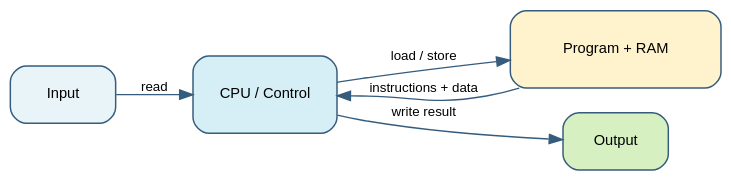
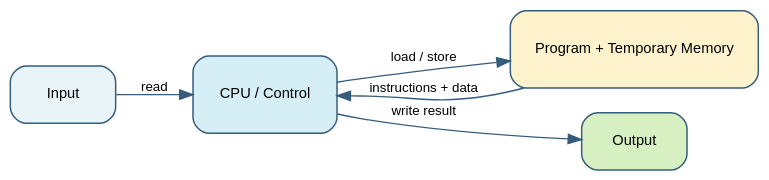
One commit to p0dyakov/inno_notes changed the second of 6 diagrams in semester-2/Theoretical Computer Science/1.ru.qmd. Above: the diagram before and after it, drawn with Graphviz. The commit also changed other lines of this file and 538 other files, not shown here.

````diff
--- a/semester-2/Theoretical Computer Science/1.ru.qmd
+++ b/semester-2/Theoretical Computer Science/1.ru.qmd
@@ -315,21 +315,21 @@
 ```{dot}
-//| fig-cap: "Basic computer model: input, CPU, memory, and output"
+//| fig-cap: "Базовая модель компьютера: ввод, ЦПУ, память и вывод (как взаимодействие компонентов)"
 //| fig-width: 6
 //| fig-height: 2.1
 digraph computer_model {
   rankdir=LR;
   bgcolor="transparent";
   node [shape=box, style="filled,rounded", fontname="Helvetica", fontsize=11, color="#355c7d", penwidth=1.1];
   edge [fontname="Helvetica", fontsize=10, color="#355c7d", penwidth=1.0];
 
   input [label="Input", fillcolor="#e8f4f8", width=1.1, height=0.6];
   cpu [label="CPU / Control", fillcolor="#d6eef5", width=1.5, height=0.8];
-  memory [label="Program + RAM", fillcolor="#fff3cd", width=2.2, height=0.8];
+  memory [label="Program + Temporary Memory", fillcolor="#fff3cd", width=2.2, height=0.8];
   output [label="Output", fillcolor="#d7f0c2", width=1.1, height=0.6];
 
   input -> cpu [label="read"];
   cpu -> memory [label="load / store"];
   memory -> cpu [label="instructions + data"];
   cpu -> output [label="write result"];
 }
 ```
````
